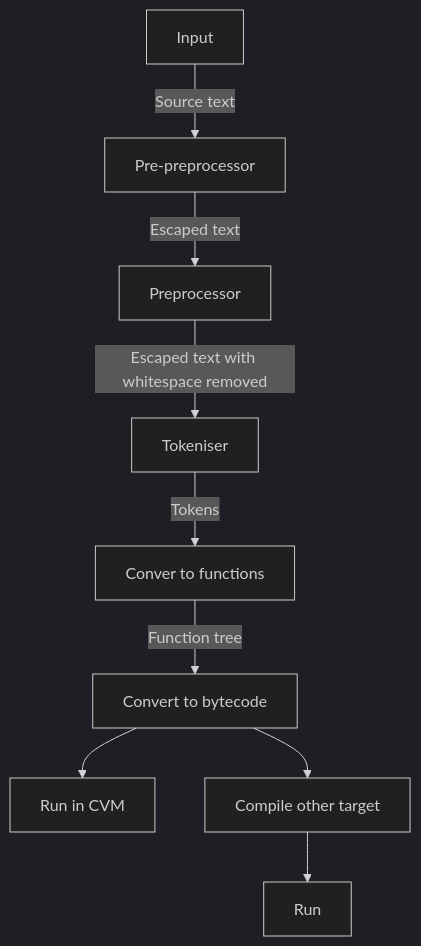
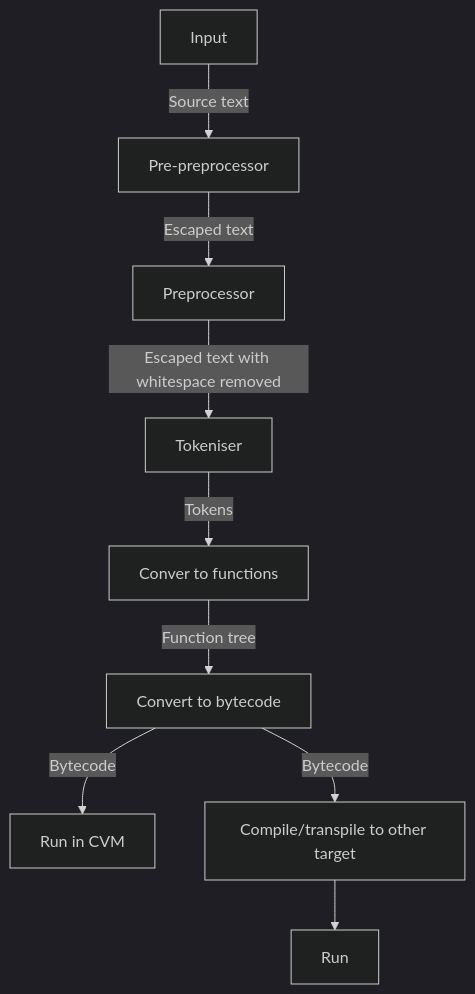
One commit to MediumDifficulty/carrot changed the diagram in README.md. Above: the diagram before and after it, drawn with Mermaid (dark theme).

Commit message:
Updated REAMDE

````diff
--- a/README.md
+++ b/README.md
@@ -5,12 +5,12 @@
 ```mermaid
 flowchart TD
     I[Input]
     --> |Source text| PPP[Pre-preprocessor]
     --> |Escaped text| PP[Preprocessor]
     --> |Escaped text with whitespace removed| T[Tokeniser]
     --> |Tokens| F[Conver to functions]
     --> |Function tree| B[Convert to bytecode]
-    B --> VM[Run in CVM]
-    B --> C[Compile other target]
+    B --> |Bytecode| VM[Run in CVM]
+    B --> |Bytecode| C[Compile/transpile to other target]
     C --> Run
 ```
````
